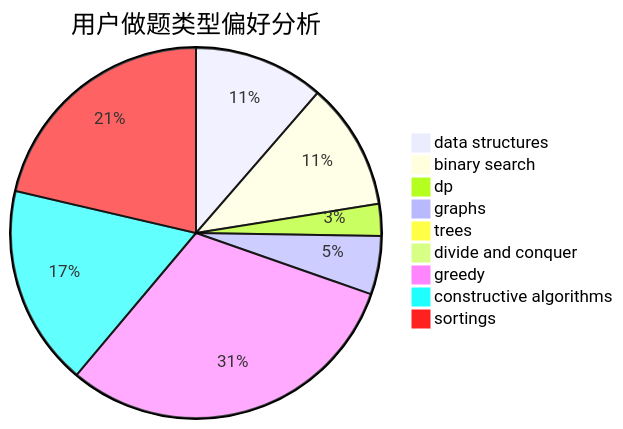
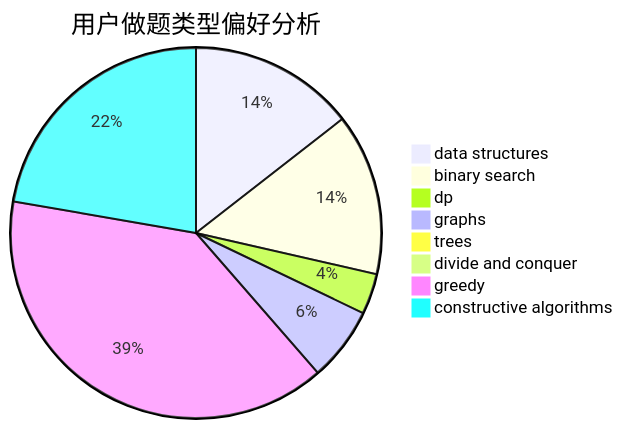
Before and after one commit to sherpahu/cfrs.github.io: the second of 3 diagrams in docs/user/u74.md, drawn with Mermaid. The commit also changed other lines of this file and 2769 other files, not shown here.

````diff
--- a/docs/user/u74.md
+++ b/docs/user/u74.md
@@ -18,12 +18,11 @@
 ```mermaid
 pie title 用户做题类型偏好分析
     "data structures" :  163
     "binary search" :  159
     "dp" :  40
     "graphs" :  73
     "trees" :  5
     "divide and conquer" :  0
     "greedy" :  441
     "constructive algorithms" :  251
-    "sortings" :  306
 ```
````
